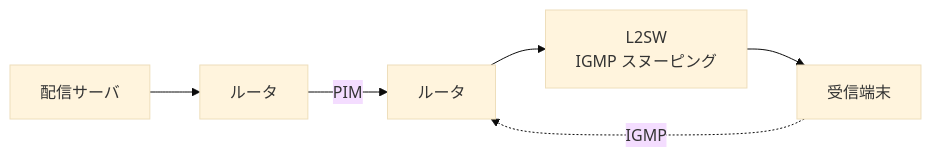
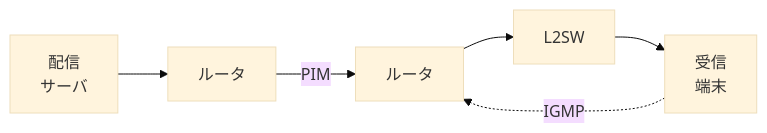
Before and after one commit to nnnaanaa/document: the first of 4 diagrams in network/routing/multicast.md, drawn with Mermaid (base theme). The commit also changed other lines of this file and 2 other files, not shown here.

Commit message:
IPsec・VRRP・マルチキャスト暗記シートの図の横幅を詰める

````diff
--- a/network/routing/multicast.md
+++ b/network/routing/multicast.md
@@ -21,8 +21,8 @@
 ```mermaid
 flowchart LR
-  S["配信サーバ"] --> R1["ルータ"]
+  S["配信<br>サーバ"] --> R1["ルータ"]
   R1 -- "PIM" --> R2["ルータ"]
-  R2 --> SW["L2SW<br>IGMP スヌーピング"]
-  SW --> H1["受信端末"]
+  R2 --> SW["L2SW"]
+  SW --> H1["受信<br>端末"]
   H1 -. "IGMP" .-> R2
 ```
````
